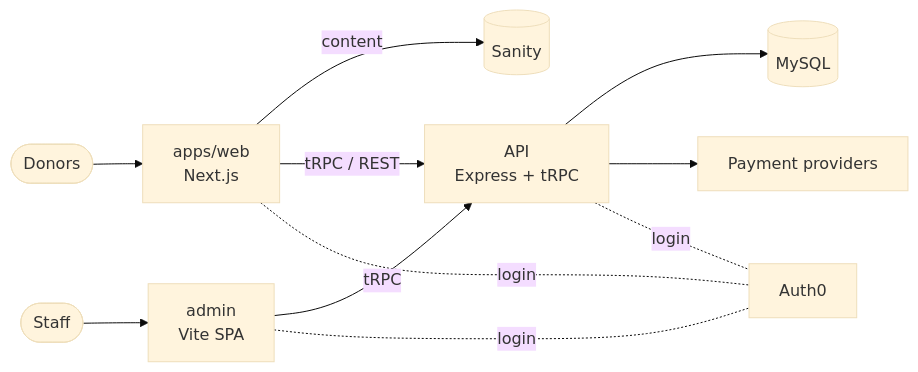
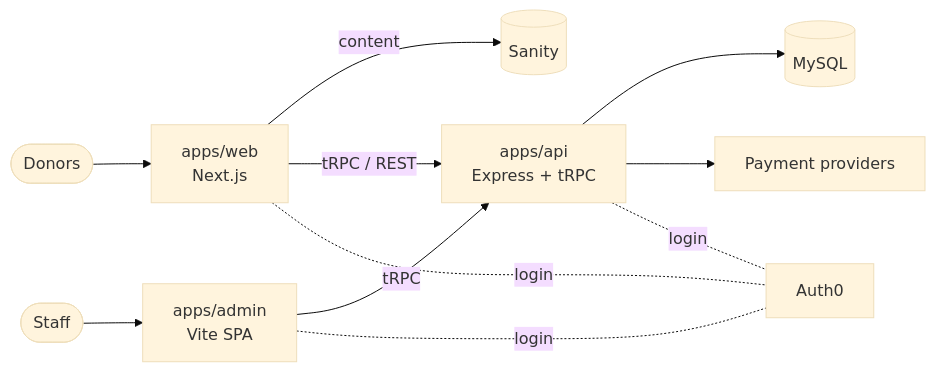
The diagram in README.md (stiftelsen-effekt/effekt-backend), drawn with Mermaid (base theme) before and after one commit. The commit also changed other lines of this file and 916 other files, not shown here.

First line of the commit message:
Move the API to apps/api and the admin to apps/admin

````diff
--- a/README.md
+++ b/README.md
@@ -35,11 +35,11 @@
 ```mermaid
 flowchart LR
   donor([Donors]) --> web[apps/web<br/>Next.js]
-  staff([Staff]) --> admin[admin<br/>Vite SPA]
+  staff([Staff]) --> admin[apps/admin<br/>Vite SPA]
   web -- content --> sanity[(Sanity)]
-  web -- "tRPC / REST" --> api[API<br/>Express + tRPC]
+  web -- "tRPC / REST" --> api[apps/api<br/>Express + tRPC]
   admin -- tRPC --> api
   api --> db[(MySQL)]
   api --> pay[Payment providers]
   web & admin & api -. login .- auth0[Auth0]
 ```
````
